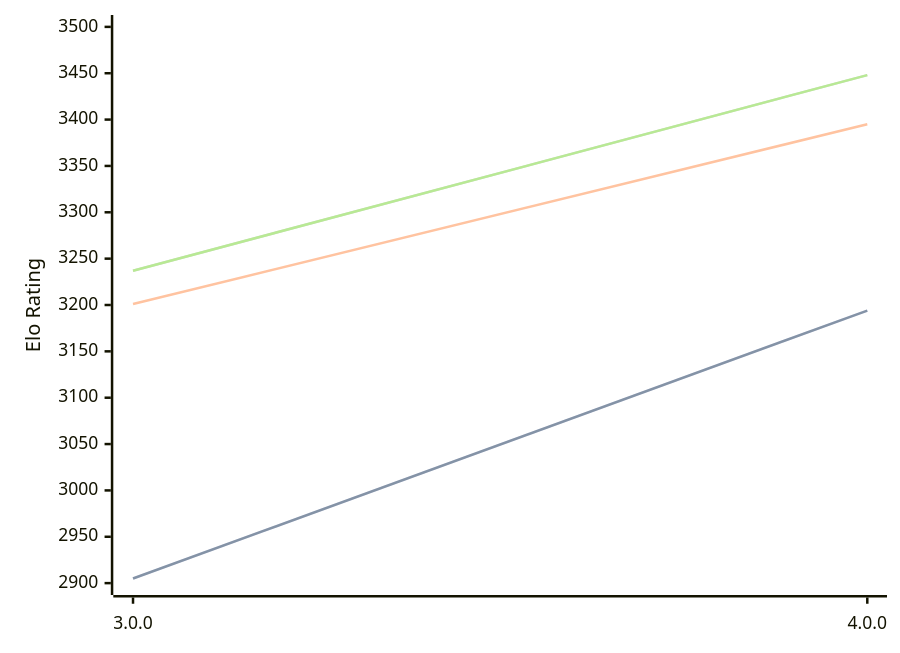
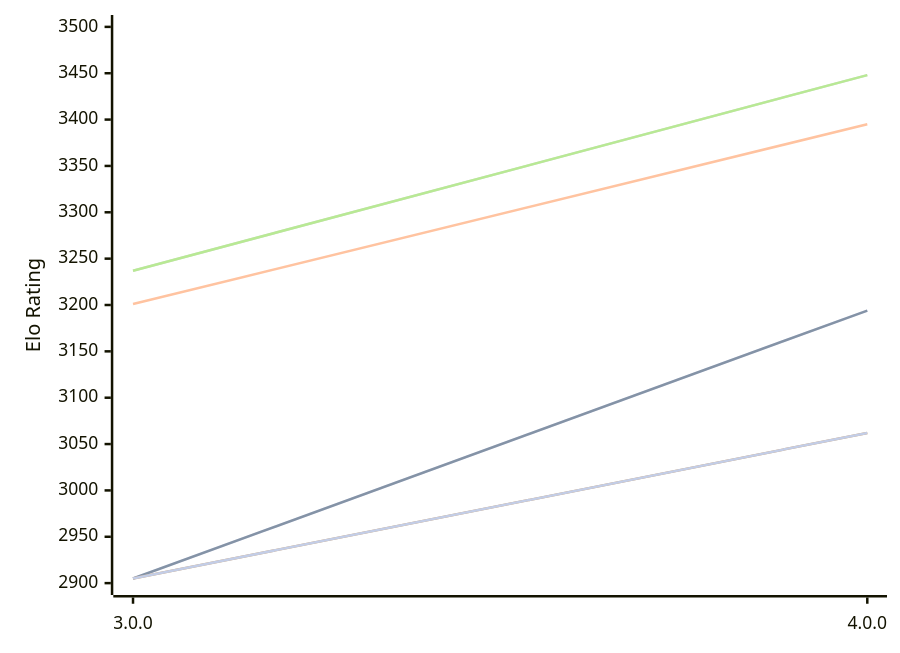
The diagram in engines/Avalanche.md (computer-chess-index/cci), drawn with Mermaid before and after one commit. The commit also changed other lines of this file, not shown here.

Commit message:
Update CCI Ratings (ELO VLTC) - 2026-10-11

````diff
--- a/engines/Avalanche.md
+++ b/engines/Avalanche.md
@@ -48,16 +48,13 @@
 ```mermaid
 %%{init: {"theme":"base","themeVariables":{"seriesColors:['#a3a3a3','#222221','#faa371']}}}%%
 xychart-beta
   x-axis ["3.0.0", "4.0.0"]
   y-axis "Elo Rating" 2900 --> 3500
   line "" [2905, 3194]
   line "T1: STC (8.0+0.08s)" [2905, 3194]
   line "T1: LTC (60.0+0.60s)" [3201, 3395]
   line "" [3237, 3448]
   line "T1: VLTC (2m24s+1.12s)" [3237, 3448]
-  line "" [3054]
-  line "E1: STC (8.0+0.08s)" [3054]
-  line "E1: LTC (60.0+0.60s)" [3352]
-  line "" [3405]
-  line "E1: VLTC (2m24s+1.12s)" [3405]
+  line "" [2905,3062]
+  line "E1: STC (8.0+0.08s)" [2905,3062]
 ```
````
